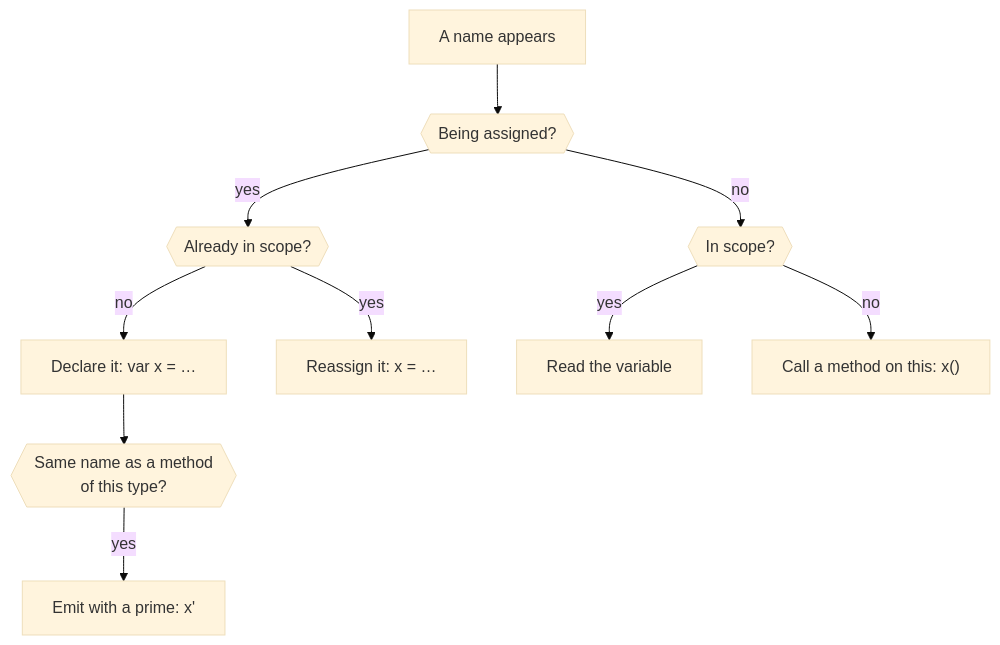
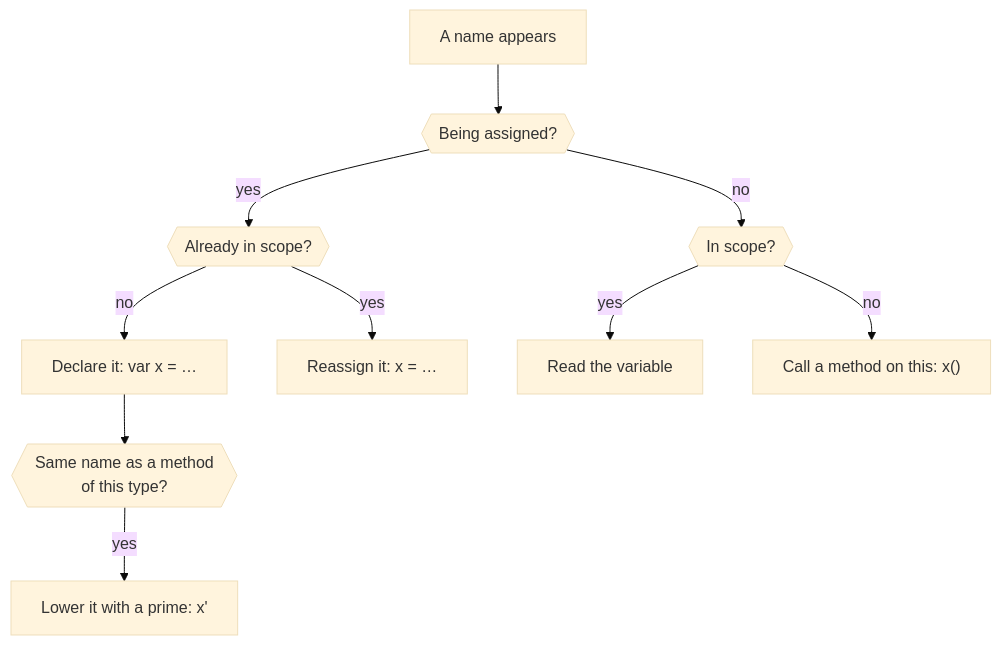
One commit to nogginly/sparkle changed the second of 5 diagrams in DESIGN.md. Above: the diagram before and after it, drawn with Mermaid (base theme). The commit also changed other lines of this file and 7 other files, not shown here.

````diff
--- a/DESIGN.md
+++ b/DESIGN.md
@@ -55,12 +53,12 @@
 ```mermaid
 flowchart TD
     N["A name appears"] --> Q1{{"Being assigned?"}}
     Q1 -- yes --> Q2{{"Already in scope?"}}
     Q2 -- no --> D["Declare it: var x = …"]
     Q2 -- yes --> R["Reassign it: x = …"]
     Q1 -- no --> Q3{{"In scope?"}}
     Q3 -- yes --> V["Read the variable"]
     Q3 -- no --> M["Call a method on this: x()"]
     D --> Q4{{"Same name as a method<br/>of this type?"}}
-    Q4 -- yes --> P["Emit with a prime: x'"]
+    Q4 -- yes --> P["Lower it with a prime: x'"]
 ```
````
